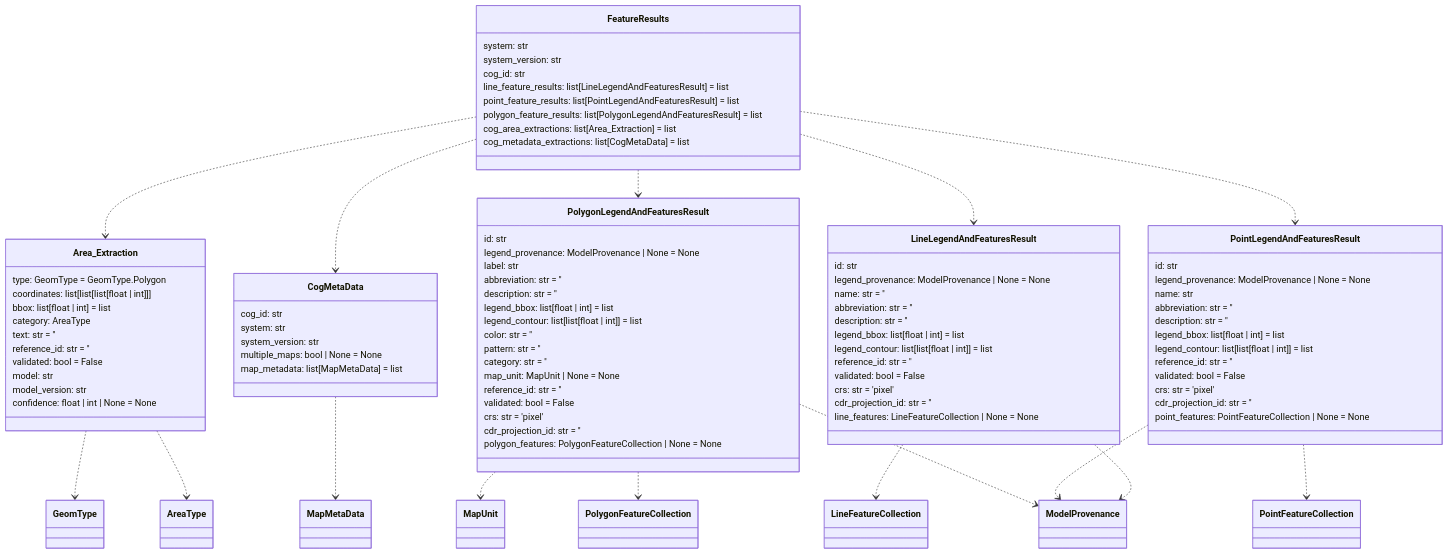
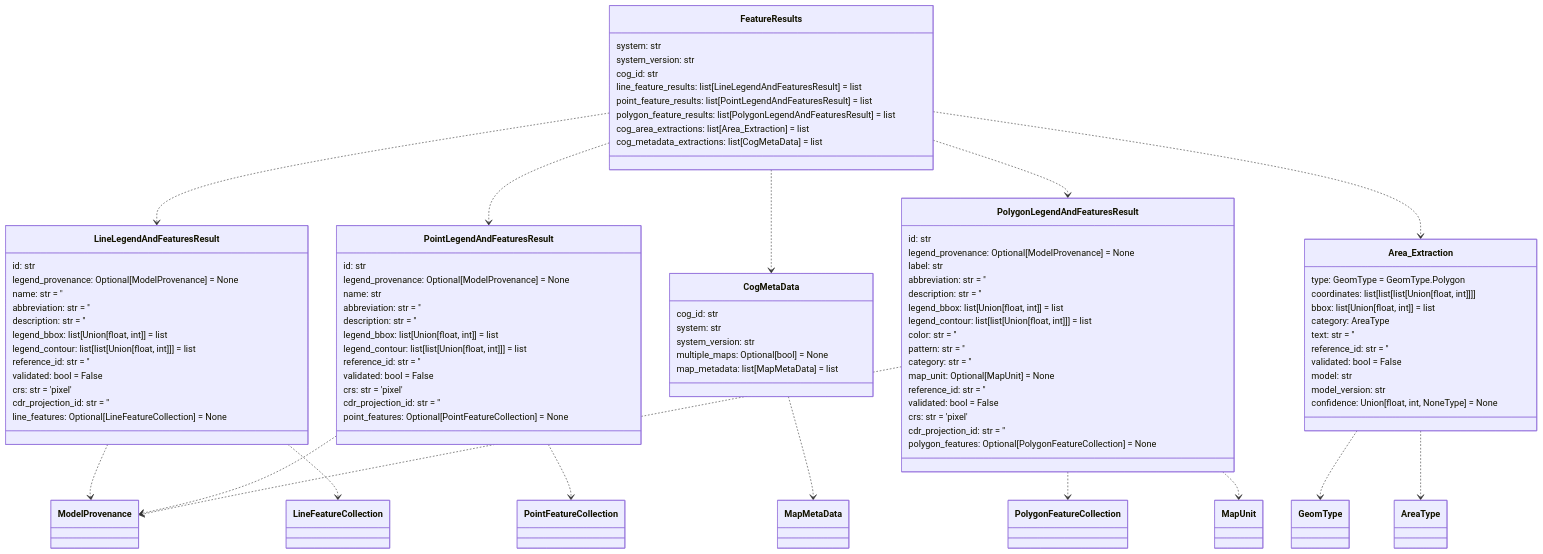
Before and after one commit to DARPA-CRITICALMAAS/cdr_schemas: the fourth of 14 diagrams in README.md, drawn with Mermaid. The commit also changed other lines of this file and 1 other file, not shown here.

````diff
--- a/README.md
+++ b/README.md
@@ -258,59 +258,19 @@
 ```mermaid
 classDiagram
 
-    class PolygonLegendAndFeaturesResult {
+    class LineLegendAndFeaturesResult {
         id: str
-        legend_provenance: ModelProvenance | None = None
-        label: str
+        legend_provenance: Optional[ModelProvenance] = None
+        name: str = ''
         abbreviation: str = ''
         description: str = ''
-        legend_bbox: list[float | int] = list
-        legend_contour: list[list[float | int]] = list
-        color: str = ''
-        pattern: str = ''
-        category: str = ''
-        map_unit: MapUnit | None = None
+        legend_bbox: list[Union[float, int]] = list
+        legend_contour: list[list[Union[float, int]]] = list
         reference_id: str = ''
         validated: bool = False
         crs: str = 'pixel'
         cdr_projection_id: str = ''
-        polygon_features: PolygonFeatureCollection | None = None
-    }
-
-    class Area_Extraction {
-        type: GeomType = GeomType.Polygon
-        coordinates: list[list[list[float | int]]]
-        bbox: list[float | int] = list
-        category: AreaType
-        text: str = ''
-        reference_id: str = ''
-        validated: bool = False
-        model: str
-        model_version: str
-        confidence: float | int | None = None
-    }
-
-    class CogMetaData {
-        cog_id: str
-        system: str
-        system_version: str
-        multiple_maps: bool | None = None
-        map_metadata: list[MapMetaData] = list
-    }
-
-    class LineLegendAndFeaturesResult {
-        id: str
-        legend_provenance: ModelProvenance | None = None
-        name: str = ''
-        abbreviation: str = ''
-        description: str = ''
-        legend_bbox: list[float | int] = list
-        legend_contour: list[list[float | int]] = list
-        reference_id: str = ''
-        validated: bool = False
-        crs: str = 'pixel'
-        cdr_projection_id: str = ''
-        line_features: LineFeatureCollection | None = None
+        line_features: Optional[LineFeatureCollection] = None
     }
 
     class FeatureResults {
@@ -326,34 +286,74 @@
 
     class PointLegendAndFeaturesResult {
         id: str
-        legend_provenance: ModelProvenance | None = None
+        legend_provenance: Optional[ModelProvenance] = None
         name: str
         abbreviation: str = ''
         description: str = ''
-        legend_bbox: list[float | int] = list
-        legend_contour: list[list[float | int]] = list
+        legend_bbox: list[Union[float, int]] = list
+        legend_contour: list[list[Union[float, int]]] = list
         reference_id: str = ''
         validated: bool = False
         crs: str = 'pixel'
         cdr_projection_id: str = ''
-        point_features: PointFeatureCollection | None = None
+        point_features: Optional[PointFeatureCollection] = None
+    }
+
+    class CogMetaData {
+        cog_id: str
+        system: str
+        system_version: str
+        multiple_maps: Optional[bool] = None
+        map_metadata: list[MapMetaData] = list
+    }
+
+    class PolygonLegendAndFeaturesResult {
+        id: str
+        legend_provenance: Optional[ModelProvenance] = None
+        label: str
+        abbreviation: str = ''
+        description: str = ''
+        legend_bbox: list[Union[float, int]] = list
+        legend_contour: list[list[Union[float, int]]] = list
+        color: str = ''
+        pattern: str = ''
+        category: str = ''
+        map_unit: Optional[MapUnit] = None
+        reference_id: str = ''
+        validated: bool = False
+        crs: str = 'pixel'
+        cdr_projection_id: str = ''
+        polygon_features: Optional[PolygonFeatureCollection] = None
+    }
+
+    class Area_Extraction {
+        type: GeomType = GeomType.Polygon
+        coordinates: list[list[list[Union[float, int]]]]
+        bbox: list[Union[float, int]] = list
+        category: AreaType
+        text: str = ''
+        reference_id: str = ''
+        validated: bool = False
+        model: str
+        model_version: str
+        confidence: Union[float, int, NoneType] = None
     }
 
     Area_Extraction ..> GeomType
     Area_Extraction ..> AreaType
+    LineLegendAndFeaturesResult ..> ModelProvenance
     LineLegendAndFeaturesResult ..> LineFeatureCollection
-    LineLegendAndFeaturesResult ..> ModelProvenance
     PointLegendAndFeaturesResult ..> PointFeatureCollection
     PointLegendAndFeaturesResult ..> ModelProvenance
+    PolygonLegendAndFeaturesResult ..> PolygonFeatureCollection
+    PolygonLegendAndFeaturesResult ..> MapUnit
     PolygonLegendAndFeaturesResult ..> ModelProvenance
-    PolygonLegendAndFeaturesResult ..> MapUnit
-    PolygonLegendAndFeaturesResult ..> PolygonFeatureCollection
     CogMetaData ..> MapMetaData
-    FeatureResults ..> Area_Extraction
+    FeatureResults ..> LineLegendAndFeaturesResult
+    FeatureResults ..> PointLegendAndFeaturesResult
     FeatureResults ..> CogMetaData
     FeatureResults ..> PolygonLegendAndFeaturesResult
-    FeatureResults ..> LineLegendAndFeaturesResult
-    FeatureResults ..> PointLegendAndFeaturesResult
+    FeatureResults ..> Area_Extraction
 
 
 ```
````
